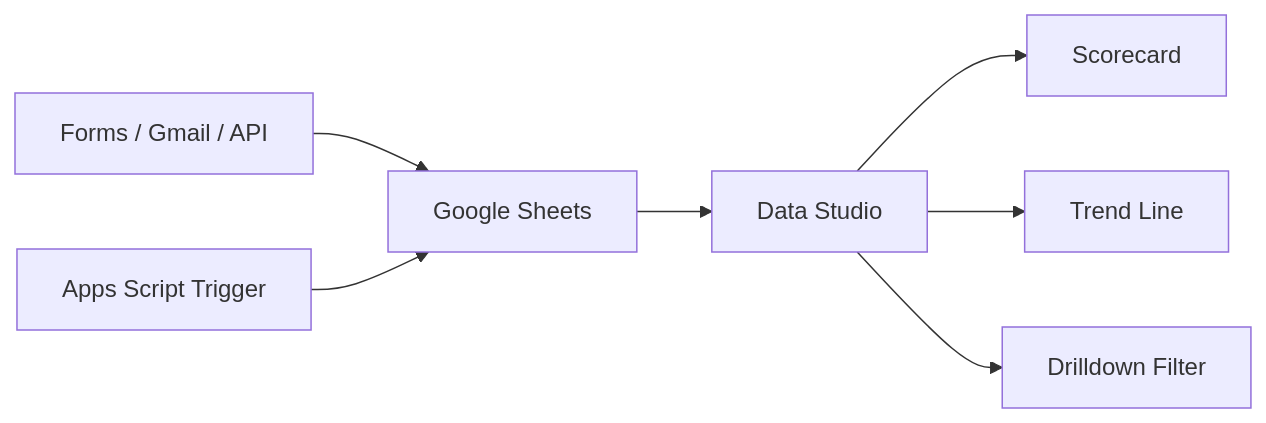
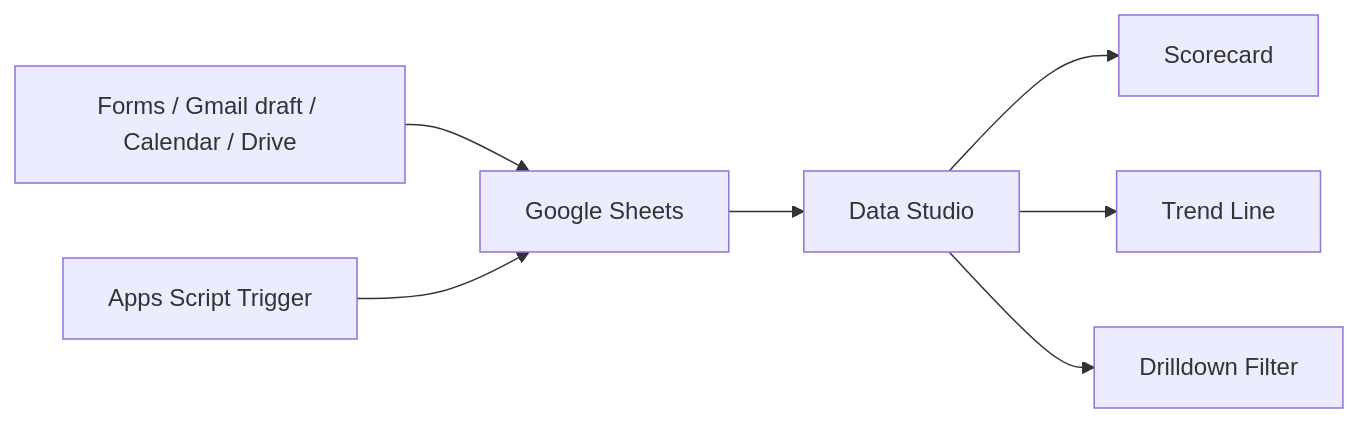
Before and after one commit to cozytk/google-workspace-gemini-day1: the diagram in slides.md, drawn with Mermaid. The commit also changed other lines of this file and 7 other files, not shown here.

````diff
--- a/slides.md
+++ b/slides.md
@@ -1526,9 +1525,9 @@
 ```mermaid
 flowchart LR
-  A[Forms / Gmail / API] --> B[Google Sheets]
+  A[Forms / Gmail draft / Calendar / Drive] --> B[Google Sheets]
   B --> C[Data Studio]
   C --> D[Scorecard]
   C --> E[Trend Line]
   C --> F[Drilldown Filter]
   G[Apps Script Trigger] --> B
 ```
````
